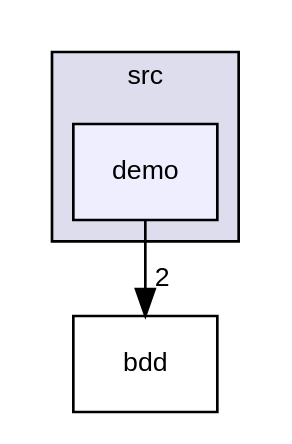
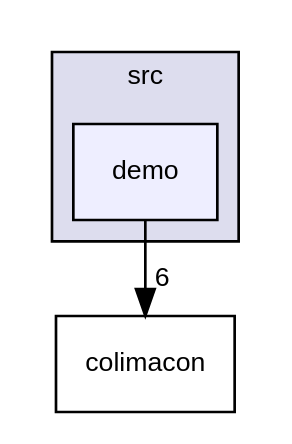
Before and after one commit to jskd/InfoEmb: the diagram in tp2/doc/rtf/dir_ea2db1c5c9ef405bfa9ccf9d4f68ec9b_dep.dot, drawn with Graphviz. The commit also changed 343 other files, not shown here.

```diff
--- a/tp2/doc/rtf/dir_ea2db1c5c9ef405bfa9ccf9d4f68ec9b_dep.dot
+++ b/tp2/doc/rtf/dir_ea2db1c5c9ef405bfa9ccf9d4f68ec9b_dep.dot
@@ -1,11 +1,11 @@
 digraph "src/demo" {
   compound=true
   node [ fontsize="10", fontname="Helvetica"];
   edge [ labelfontsize="10", labelfontname="Helvetica"];
   subgraph clusterdir_68267d1309a1af8e8297ef4c3efbcdba {
     graph [ bgcolor="#ddddee", pencolor="black", label="src" fontname="Helvetica", fontsize="10", URL="dir_68267d1309a1af8e8297ef4c3efbcdba.html"]
   dir_ea2db1c5c9ef405bfa9ccf9d4f68ec9b [shape=box, label="demo", style="filled", fillcolor="#eeeeff", pencolor="black", URL="dir_ea2db1c5c9ef405bfa9ccf9d4f68ec9b.html"];
   }
-  dir_530584a44dee1d0441044fd655f8cc06 [shape=box label="bdd" URL="dir_530584a44dee1d0441044fd655f8cc06.html"];
-  dir_ea2db1c5c9ef405bfa9ccf9d4f68ec9b->dir_530584a44dee1d0441044fd655f8cc06 [headlabel="2", labeldistance=1.5 headhref="dir_000002_000001.html"];
+  dir_fdc786878ef957db1add170cc6639adf [shape=box label="colimacon" URL="dir_fdc786878ef957db1add170cc6639adf.html"];
+  dir_ea2db1c5c9ef405bfa9ccf9d4f68ec9b->dir_fdc786878ef957db1add170cc6639adf [headlabel="6", labeldistance=1.5 headhref="dir_000002_000001.html"];
 }
```
